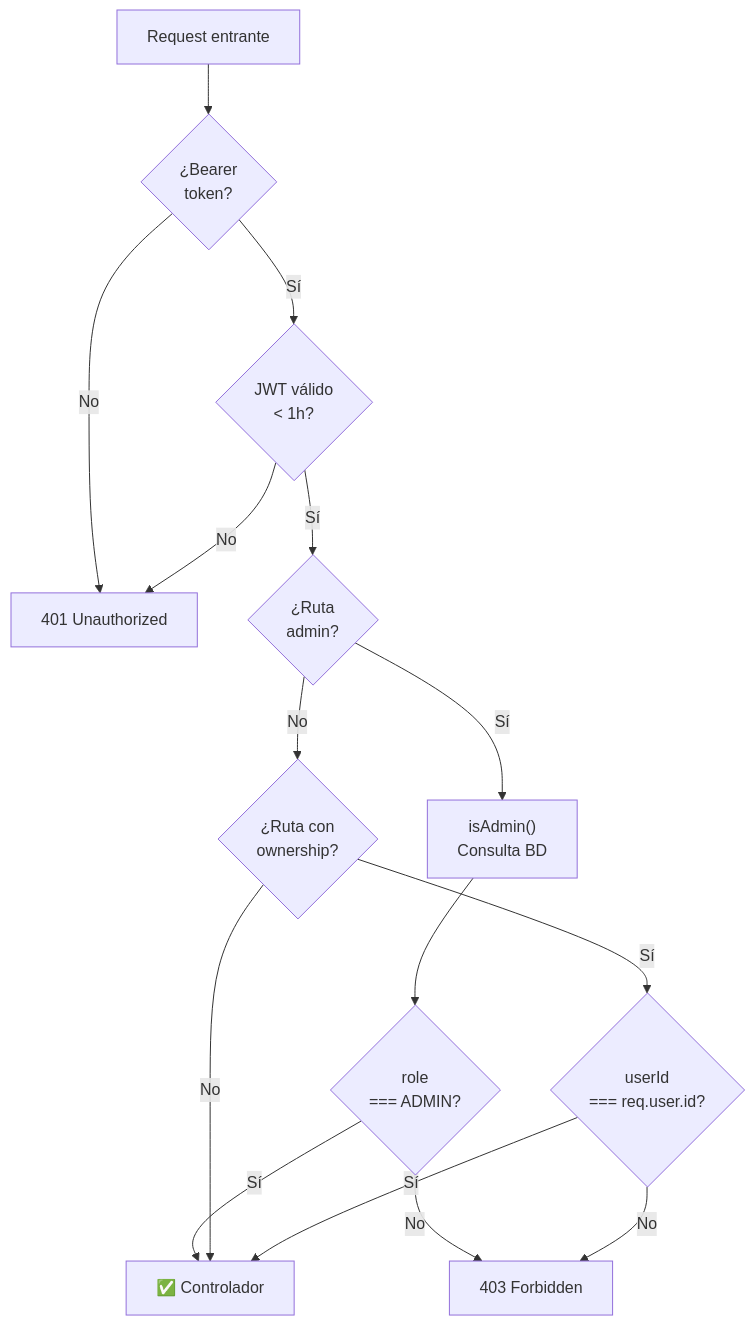
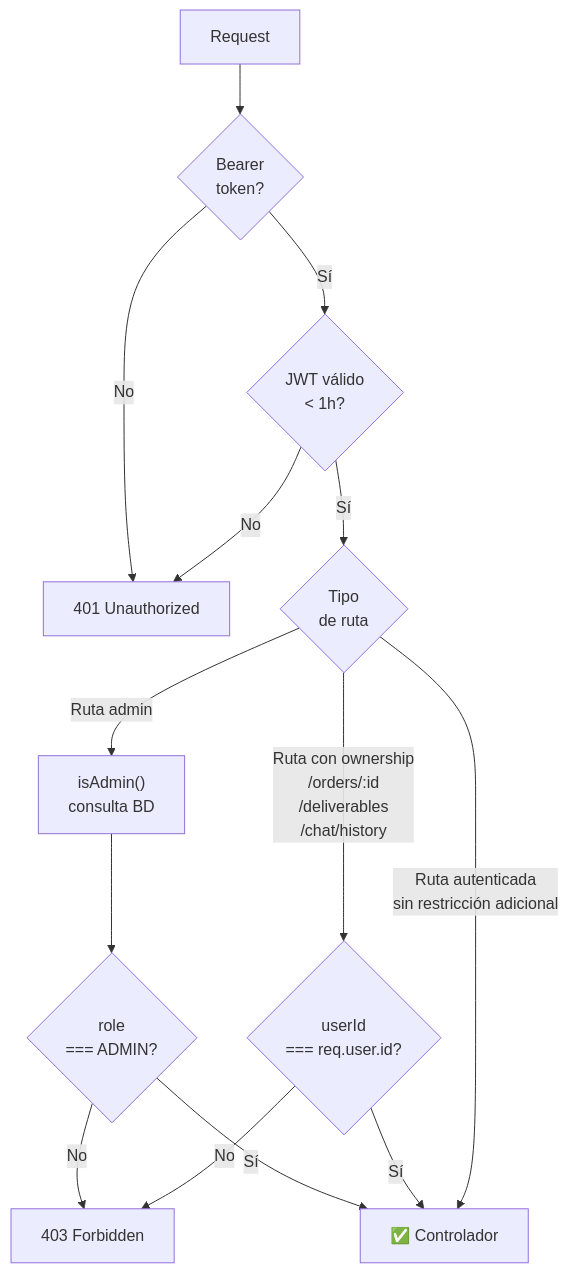
One commit to Sindy138/swift-studio-ecosystem changed the sixth of 6 diagrams in swift-ecommerce/backend/README.md. Above: the diagram before and after it, drawn with Mermaid. The commit also changed other lines of this file and 1 other file, not shown here.

````diff
--- a/swift-ecommerce/backend/README.md
+++ b/swift-ecommerce/backend/README.md
@@ -171,17 +279,19 @@
 ```mermaid
 flowchart TD
-  REQ["Request entrante"] --> AUTH{"¿Bearer\ntoken?"}
+  REQ["Request"] --> AUTH{"Bearer\ntoken?"}
   AUTH -- No --> E401["401 Unauthorized"]
   AUTH -- Sí --> VERIFY{"JWT válido\n< 1h?"}
   VERIFY -- No --> E401
-  VERIFY -- Sí --> ROLE{"¿Ruta\nadmin?"}
-  ROLE -- No --> OWNER{"¿Ruta con\nownership?"}
-  ROLE -- Sí --> DBCHECK["isAdmin()\nConsulta BD"]
+  VERIFY -- Sí --> ROUTE{"Tipo\nde ruta"}
+
+  ROUTE -->|"Ruta admin"| DBCHECK["isAdmin()\nconsulta BD"]
   DBCHECK --> ISADMIN{"role\n=== ADMIN?"}
   ISADMIN -- No --> E403["403 Forbidden"]
   ISADMIN -- Sí --> OK["✅ Controlador"]
-  OWNER -- No --> OK
-  OWNER -- Sí --> OWN{"userId\n=== req.user.id?"}
+
+  ROUTE -->|"Ruta con ownership\n/orders/:id\n/deliverables\n/chat/history"| OWN{"userId\n=== req.user.id?"}
   OWN -- No --> E403
   OWN -- Sí --> OK
+
+  ROUTE -->|"Ruta autenticada\nsin restricción adicional"| OK
 ```
````
